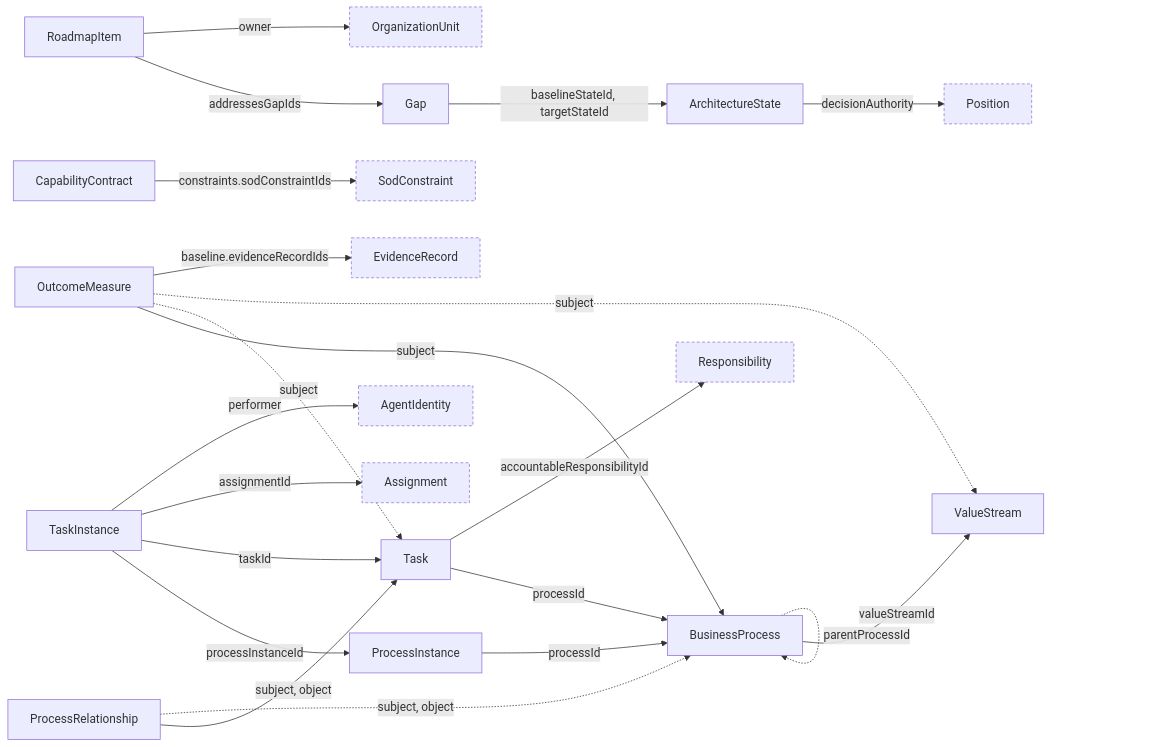
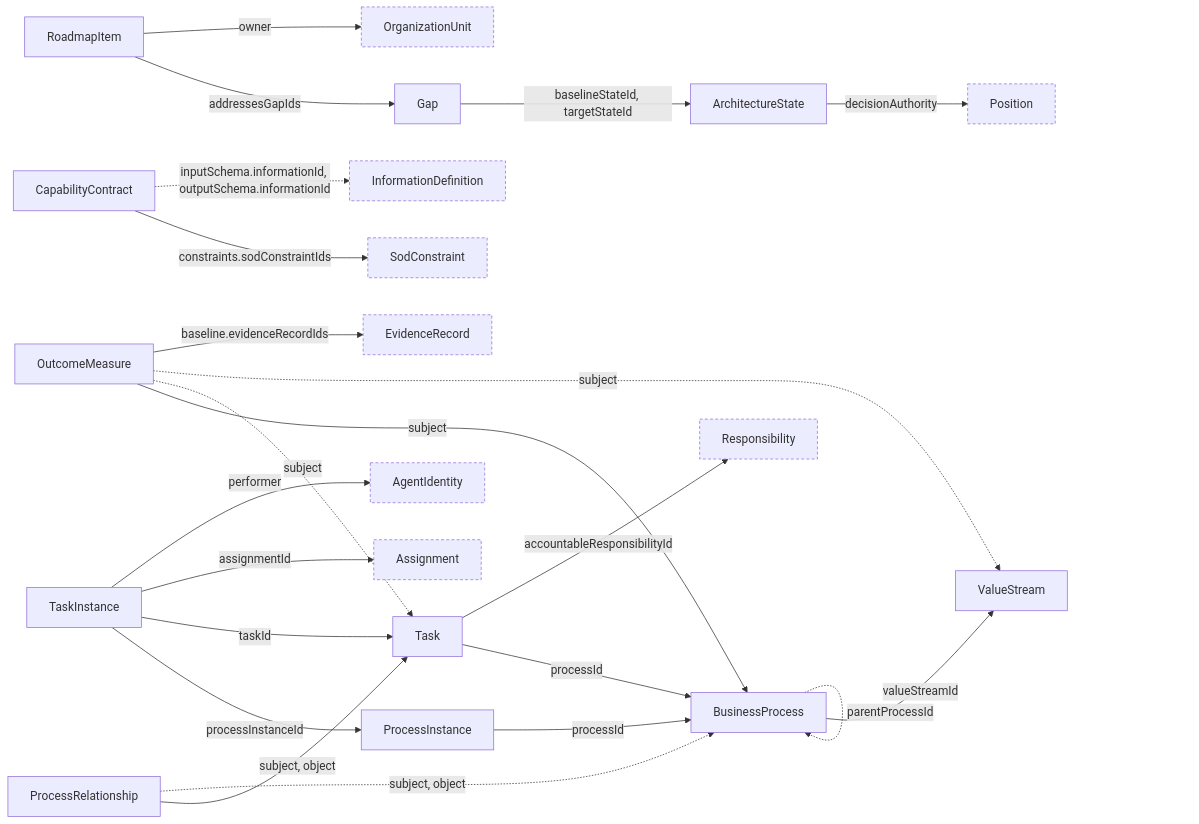
The diagram in schema/process/README.md (nauticana/charter), drawn with Mermaid before and after one commit. The commit also changed other lines of this file and 154 other files, not shown here.

````diff
--- a/schema/process/README.md
+++ b/schema/process/README.md
@@ -9,26 +9,27 @@
 ```mermaid
 flowchart LR
     BusinessProcess -->|valueStreamId| ValueStream
     BusinessProcess -.->|parentProcessId| BusinessProcess
     Task -->|processId| BusinessProcess
     Task -->|accountableResponsibilityId| Responsibility
     ProcessRelationship -->|subject, object| Task
     ProcessRelationship -.->|subject, object| BusinessProcess
     ProcessInstance -->|processId| BusinessProcess
     TaskInstance -->|processInstanceId| ProcessInstance
     TaskInstance -->|taskId| Task
     TaskInstance -->|assignmentId| Assignment
     TaskInstance -->|performer| AgentIdentity
     CapabilityContract -->|constraints.sodConstraintIds| SodConstraint
+    CapabilityContract -.->|inputSchema.informationId, outputSchema.informationId| InformationDefinition
     Gap -->|baselineStateId, targetStateId| ArchitectureState
     RoadmapItem -->|addressesGapIds| Gap
     RoadmapItem -->|owner| OrganizationUnit
     ArchitectureState -->|decisionAuthority| Position
     OutcomeMeasure -->|subject| BusinessProcess
     OutcomeMeasure -.->|subject| Task
     OutcomeMeasure -.->|subject| ValueStream
     OutcomeMeasure -->|baseline.evidenceRecordIds| EvidenceRecord
 
     classDef ext stroke-dasharray: 4 3
-    class Responsibility,Assignment,AgentIdentity,SodConstraint,OrganizationUnit,Position,EvidenceRecord ext
+    class Responsibility,Assignment,AgentIdentity,SodConstraint,OrganizationUnit,Position,EvidenceRecord,InformationDefinition ext
 ```
````
